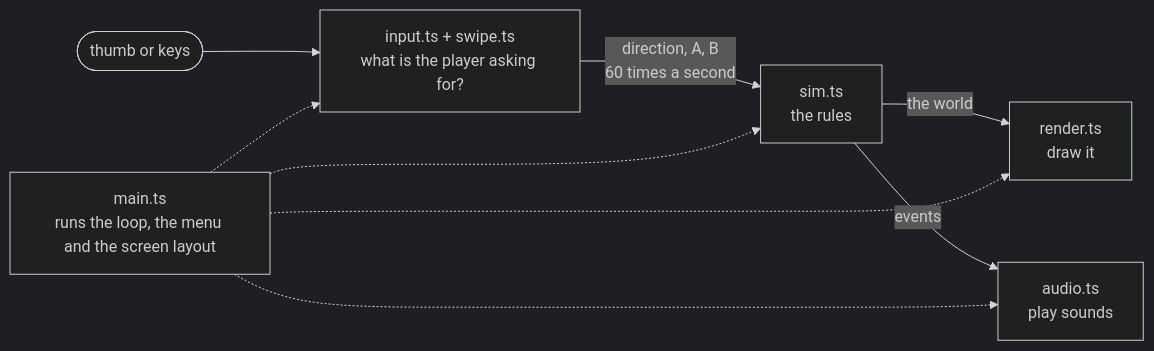
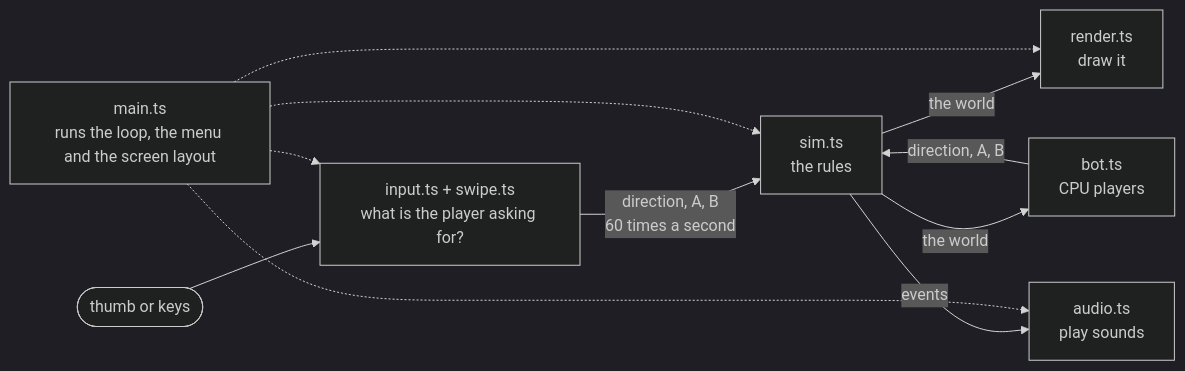
Before and after one commit to codybakerxx/BomberBot: the diagram in docs/CODE-GUIDE.md, drawn with Mermaid (dark theme). The commit also changed other lines of this file and 27 other files, not shown here.

````diff
--- a/docs/CODE-GUIDE.md
+++ b/docs/CODE-GUIDE.md
@@ -9,11 +9,13 @@
 ```mermaid
 flowchart LR
   T([thumb or keys]) --> I["input.ts + swipe.ts<br>what is the player asking for?"]
   I -- "direction, A, B<br>60 times a second" --> S["sim.ts<br>the rules"]
   S -- "the world" --> R["render.ts<br>draw it"]
   S -- "events" --> A["audio.ts<br>play sounds"]
+  S -- "the world" --> B["bot.ts<br>CPU players"]
+  B -- "direction, A, B" --> S
   M["main.ts<br>runs the loop, the menu and the screen layout"] -.-> I
   M -.-> S
   M -.-> R
   M -.-> A
 ```
````
